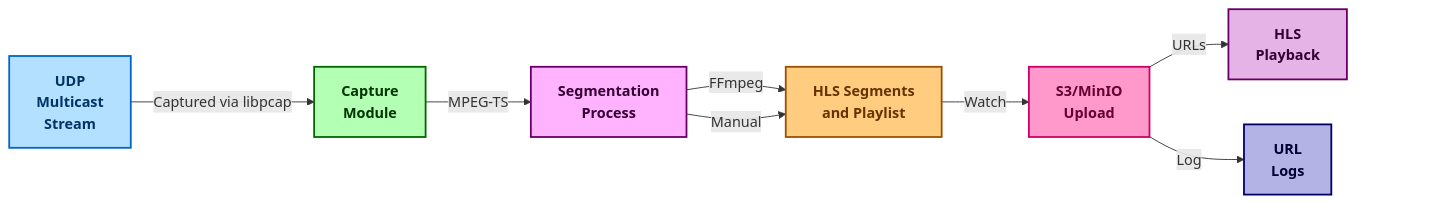
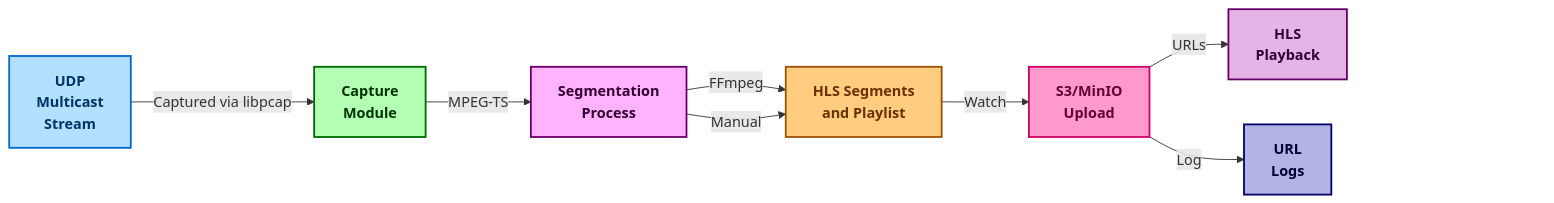
The diagram in README.md (groovybits/mpegts_to_s3), drawn with Mermaid before and after one commit.

Commit message:
readme: Add more padding

````diff
--- a/README.md
+++ b/README.md
@@ -5,20 +5,22 @@
 ```mermaid
 graph LR
     A["UDP<br/>Multicast<br/>Stream"] -->|"Captured via libpcap"| B["Capture<br/>Module"]
     B -->|"MPEG-TS"| C["Segmentation<br/>Process"]
     C -->|"FFmpeg"| D["HLS Segments<br/>and Playlist"]
     C -->|"Manual"| D
     D -->|"Watch"| E["S3/MinIO<br/>Upload"]
     E -->|"URLs"| F["HLS<br/>Playback"]
     E -->|"Log"| G["URL<br/>Logs"]
-    G ~~~ Z[" "]
+    G ~~~ Z1[" "]
+    Z1 ~~~ Z2[" "]
 
     style A fill:#b3e0ff,stroke:#0066cc,stroke-width:2px,color:#003366,font-weight:bold
     style B fill:#b3ffb3,stroke:#006600,stroke-width:2px,color:#003300,font-weight:bold
     style C fill:#ffb3ff,stroke:#660066,stroke-width:2px,color:#330033,font-weight:bold
     style D fill:#ffcc80,stroke:#995200,stroke-width:2px,color:#663300,font-weight:bold
     style E fill:#ff99cc,stroke:#cc0066,stroke-width:2px,color:#660033,font-weight:bold
     style F fill:#e6b3e6,stroke:#660066,stroke-width:2px,color:#330033,font-weight:bold
     style G fill:#b3b3e6,stroke:#000066,stroke-width:2px,color:#000033,font-weight:bold
-    style Z fill:none,stroke:none,color:transparent
+    style Z1 fill:none,stroke:none,color:transparent
+    style Z2 fill:none,stroke:none,color:transparent
 ```
````
